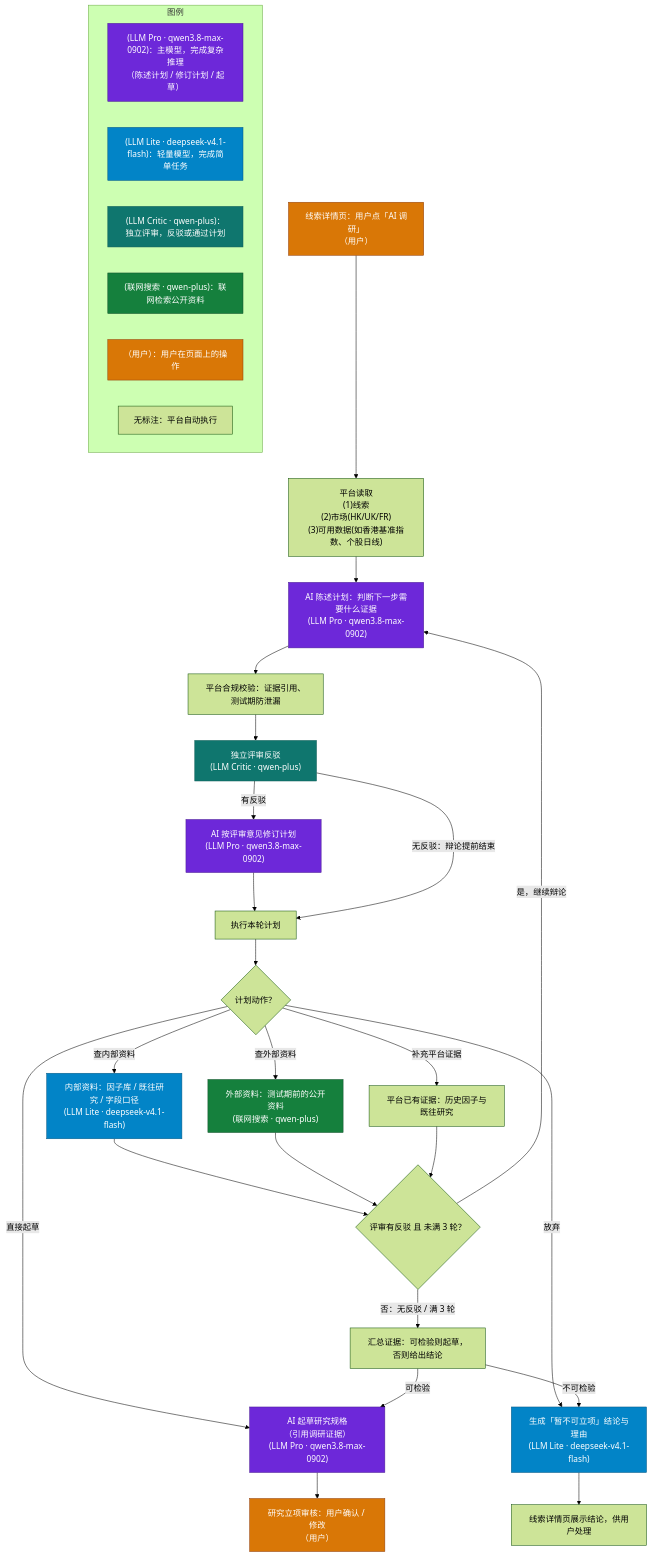
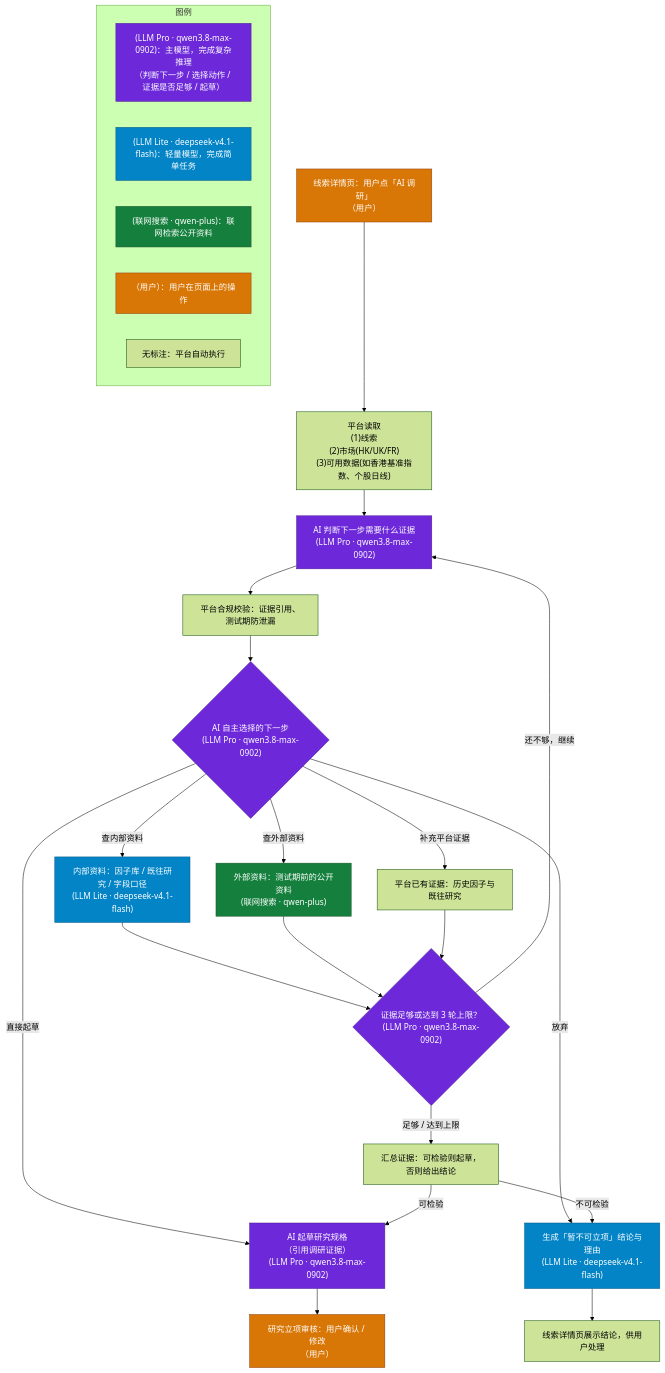
The first of 3 diagrams in docs/Agentic-workflow-线索-AI调研.md (nuke-yu/factopia), drawn with Mermaid (forest theme) before and after one commit. The commit also changed other lines of this file and 4 other files, not shown here.

````diff
--- a/docs/Agentic-workflow-线索-AI调研.md
+++ b/docs/Agentic-workflow-线索-AI调研.md
@@ -12,46 +11,39 @@
 ```mermaid
 flowchart TD
     A["线索详情页：用户点「AI 调研」<br/>（用户）"] --> C["平台读取<br/>(1)线索<br/>(2)市场(HK/UK/FR)<br/>(3)可用数据(如香港基准指数、个股日线)"]
-    C --> P["AI 陈述计划：判断下一步需要什么证据<br/>(LLM Pro · qwen3.8-max-0902)"]
+    C --> P["AI 判断下一步需要什么证据<br/>(LLM Pro · qwen3.8-max-0902)"]
     P --> V["平台合规校验：证据引用、测试期防泄漏"]
-    V --> CR["独立评审反驳<br/>(LLM Critic · qwen-plus)"]
-    CR -->|"有反驳"| PR["AI 按评审意见修订计划<br/>(LLM Pro · qwen3.8-max-0902)"]
-    PR --> EX["执行本轮计划"]
-    CR -->|"无反驳：辩论提前结束"| EX
-    EX --> T{"计划动作？"}
+    V --> T{"AI 自主选择的下一步<br/>(LLM Pro · qwen3.8-max-0902)"}
     T -->|"查内部资料"| E1["内部资料：因子库 / 既往研究 / 字段口径<br/>(LLM Lite · deepseek-v4.1-flash)"]
     T -->|"查外部资料"| E2["外部资料：测试期前的公开资料<br/>(联网搜索 · qwen-plus)"]
     T -->|"补充平台证据"| E3["平台已有证据：历史因子与既往研究"]
-    E1 --> R{"评审有反驳 且 未满 3 轮？"}
+    E1 --> R{"证据足够或达到 3 轮上限？<br/>(LLM Pro · qwen3.8-max-0902)"}
     E2 --> R
     E3 --> R
-    R -->|"是，继续辩论"| P
-    R -->|"否：无反驳 / 满 3 轮"| F["汇总证据：可检验则起草，否则给出结论"]
+    R -->|"还不够，继续"| P
+    R -->|"足够 / 达到上限"| F["汇总证据：可检验则起草，否则给出结论"]
     T -->|"直接起草"| DR["AI 起草研究规格<br/>（引用调研证据）<br/>(LLM Pro · qwen3.8-max-0902)"]
     T -->|"放弃"| GU["生成「暂不可立项」结论与理由<br/>(LLM Lite · deepseek-v4.1-flash)"]
     F -->|"可检验"| DR
     F -->|"不可检验"| GU
     DR --> H["研究立项审核：用户确认 / 修改<br/>（用户）"]
     GU --> G["线索详情页展示结论，供用户处理"]
 
     classDef pro fill:#6d28d9,color:#fff,stroke:#4c1d95
     classDef lite fill:#0284c7,color:#fff,stroke:#075985
-    classDef critic fill:#0f766e,color:#fff,stroke:#115e59
     classDef search fill:#15803d,color:#fff,stroke:#14532d
     classDef human fill:#d97706,color:#fff,stroke:#92400e
-    class P,PR,DR pro
+    class P,T,R,DR pro
     class E1,GU lite
-    class CR critic
     class E2 search
     class A,H human
 
     subgraph LG["图例"]
       direction LR
-      LG1["(LLM Pro · qwen3.8-max-0902)：主模型，完成复杂推理<br/>（陈述计划 / 修订计划 / 起草）"]:::pro
+      LG1["(LLM Pro · qwen3.8-max-0902)：主模型，完成复杂推理<br/>（判断下一步 / 选择动作 / 证据是否足够 / 起草）"]:::pro
       LG2["(LLM Lite · deepseek-v4.1-flash)：轻量模型，完成简单任务"]:::lite
-      LG3["(LLM Critic · qwen-plus)：独立评审，反驳或通过计划"]:::critic
-      LG4["(联网搜索 · qwen-plus)：联网检索公开资料"]:::search
-      LG5["（用户）：用户在页面上的操作"]:::human
-      LG6["无标注：平台自动执行"]
+      LG3["(联网搜索 · qwen-plus)：联网检索公开资料"]:::search
+      LG4["（用户）：用户在页面上的操作"]:::human
+      LG5["无标注：平台自动执行"]
     end
 ```
````
